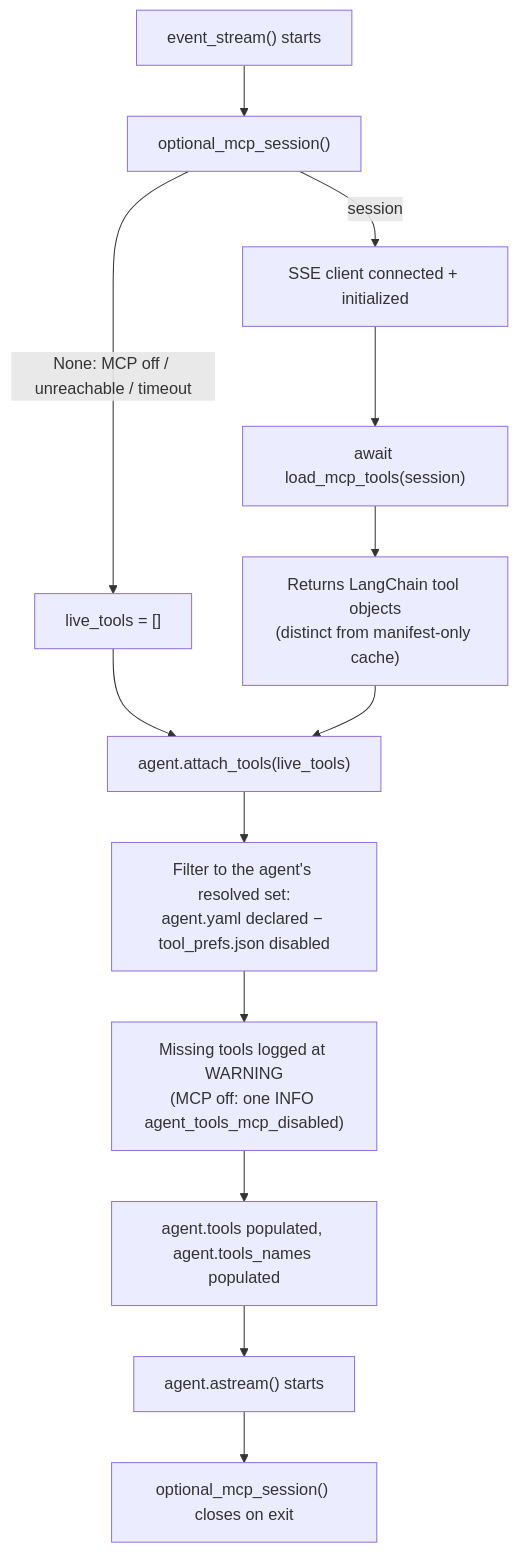
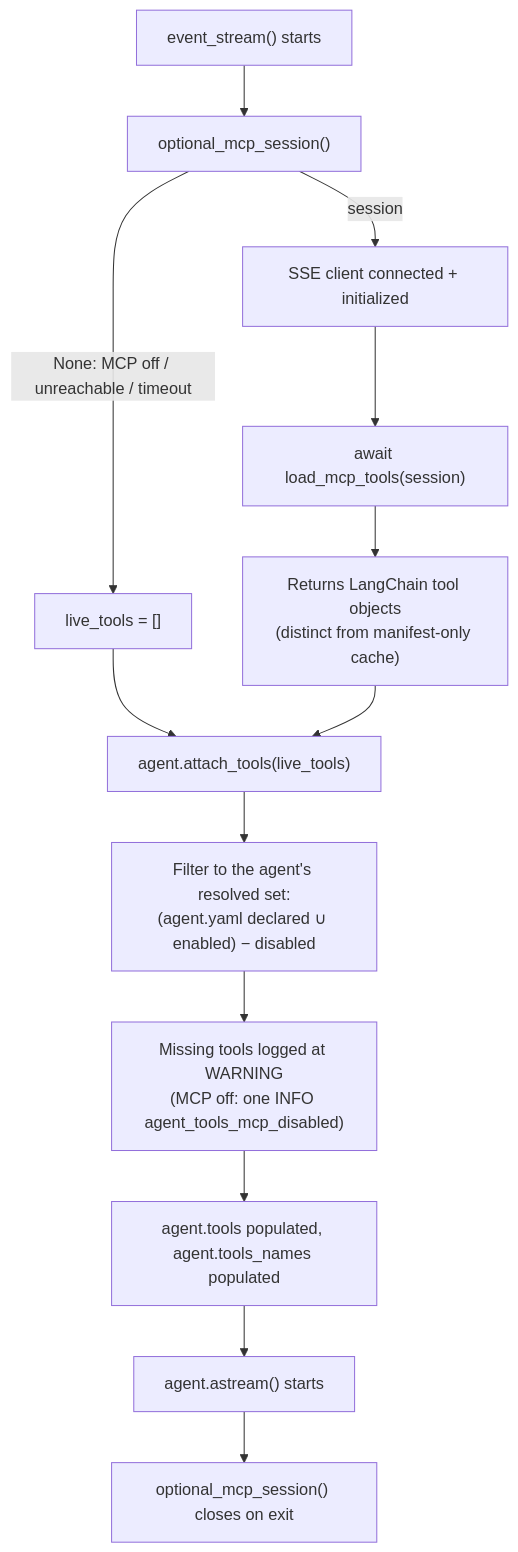
One commit to konstantinosmpouros/mAgenticX changed the third of 10 diagrams in docs/development/retrieval-and-tools.md. Above: the diagram before and after it, drawn with Mermaid. The commit also changed other lines of this file and 26 other files, not shown here.

````diff
--- a/docs/development/retrieval-and-tools.md
+++ b/docs/development/retrieval-and-tools.md
@@ -119,15 +119,15 @@
 ```mermaid
 flowchart TD
     A["event_stream() starts"] --> B["optional_mcp_session()"]
     B -->|"session"| C["SSE client connected + initialized"]
     B -->|"None: MCP off / unreachable / timeout"| N["live_tools = []"]
     N --> F
     C --> D["await load_mcp_tools(session)"]
-    D --> E["Returns LangChain tool objects\n(distinct from manifest-only cache)"]
+    D --> E["Returns LangChain tool objects<br/>(distinct from manifest-only cache)"]
     E --> F["agent.attach_tools(live_tools)"]
-    F --> G["Filter to the agent's resolved set:\nagent.yaml declared − tool_prefs.json disabled"]
-    G --> H["Missing tools logged at WARNING\n(MCP off: one INFO agent_tools_mcp_disabled)"]
+    F --> G["Filter to the agent's resolved set:<br/>(agent.yaml declared ∪ enabled) − disabled"]
+    G --> H["Missing tools logged at WARNING<br/>(MCP off: one INFO agent_tools_mcp_disabled)"]
     H --> I["agent.tools populated, agent.tools_names populated"]
     I --> J["agent.astream() starts"]
     J --> K["optional_mcp_session() closes on exit"]
 ```
````
